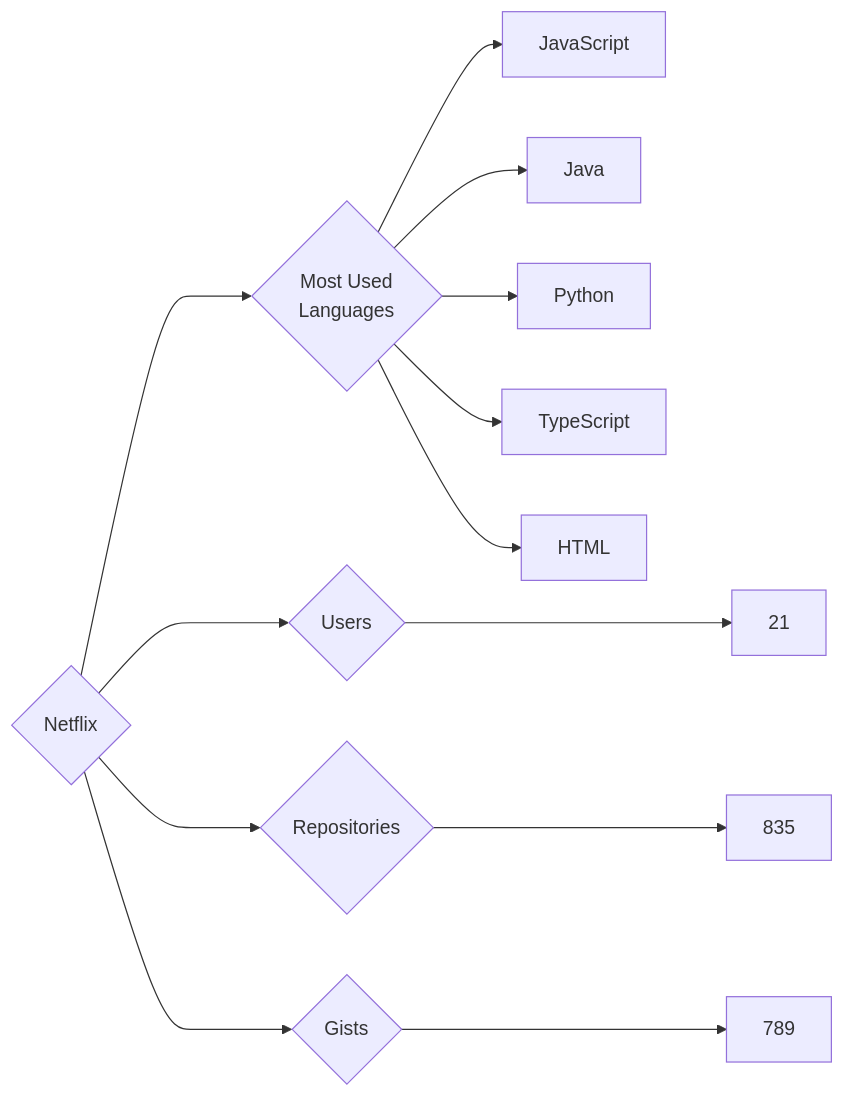
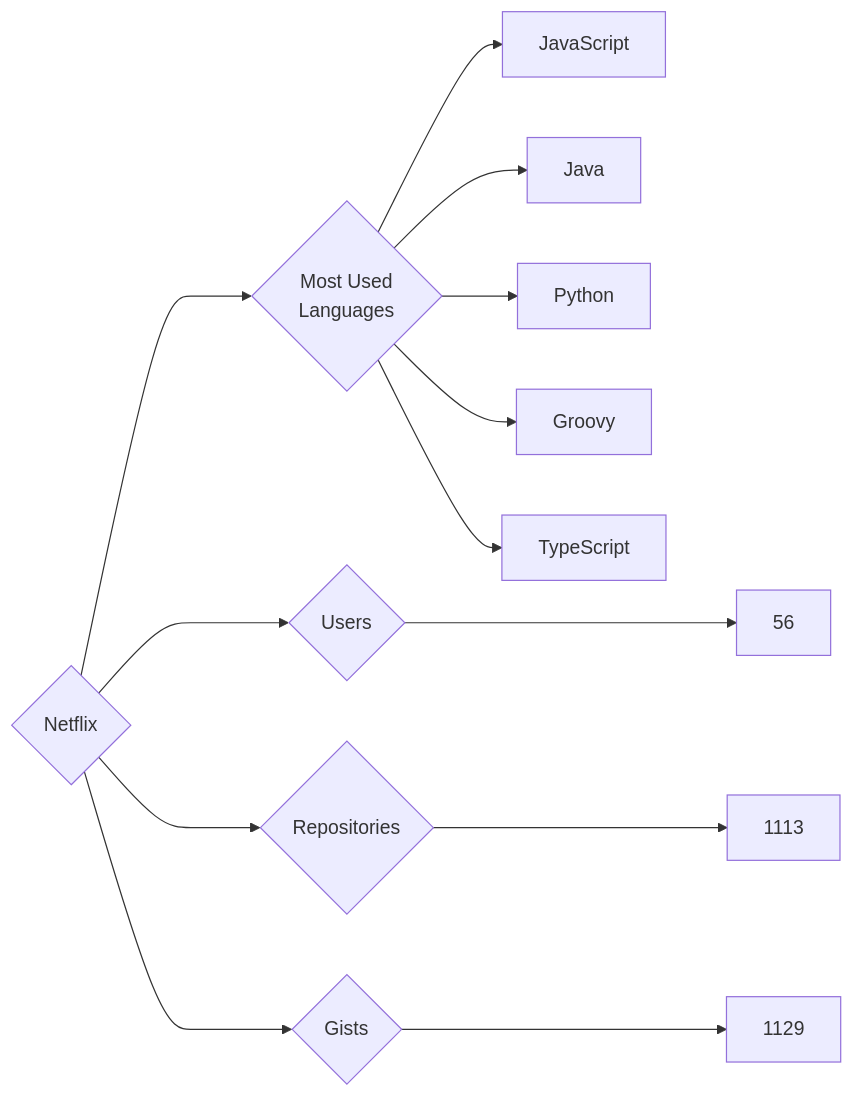
Before and after one commit to trickest/insiders: the diagram in targets/Netflix/README.md, drawn with Mermaid. The commit also changed 940 other files, not shown here.

````diff
--- a/targets/Netflix/README.md
+++ b/targets/Netflix/README.md
@@ -3,13 +3,13 @@
 ```mermaid
 graph LR
 COMPANY_NAME{Netflix}
-COMPANY_NAME ---> U{Users} ---> UN[21]
-COMPANY_NAME ---> R{Repositories} ---> RN[835]
-COMPANY_NAME ---> G{Gists} ---> GN[789]
+COMPANY_NAME ---> U{Users} ---> UN[56]
+COMPANY_NAME ---> R{Repositories} ---> RN[1113]
+COMPANY_NAME ---> G{Gists} ---> GN[1129]
 COMPANY_NAME ---> ML{Most Used<br>Languages}
 ML --> JavaScript[JavaScript]
 ML --> Java[Java]
 ML --> Python[Python]
+ML --> Groovy[Groovy]
 ML --> TypeScript[TypeScript]
-ML --> HTML[HTML]
 ```
````
